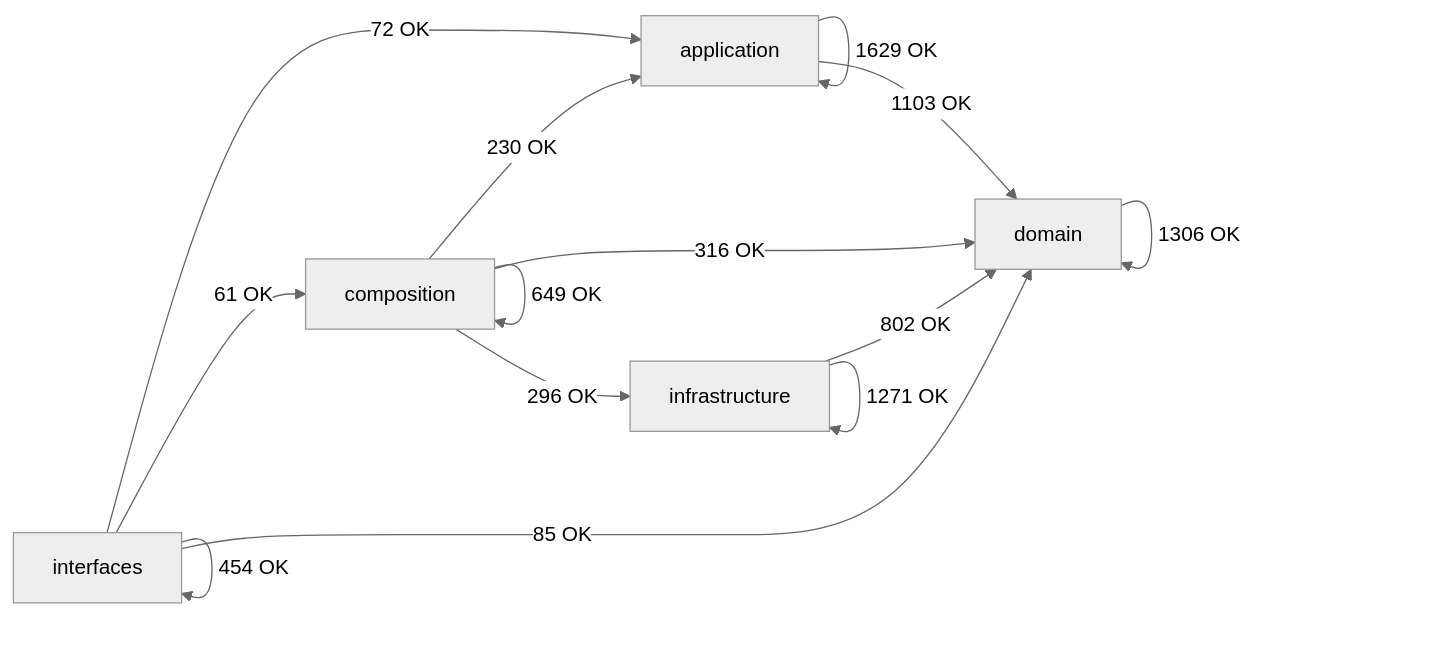
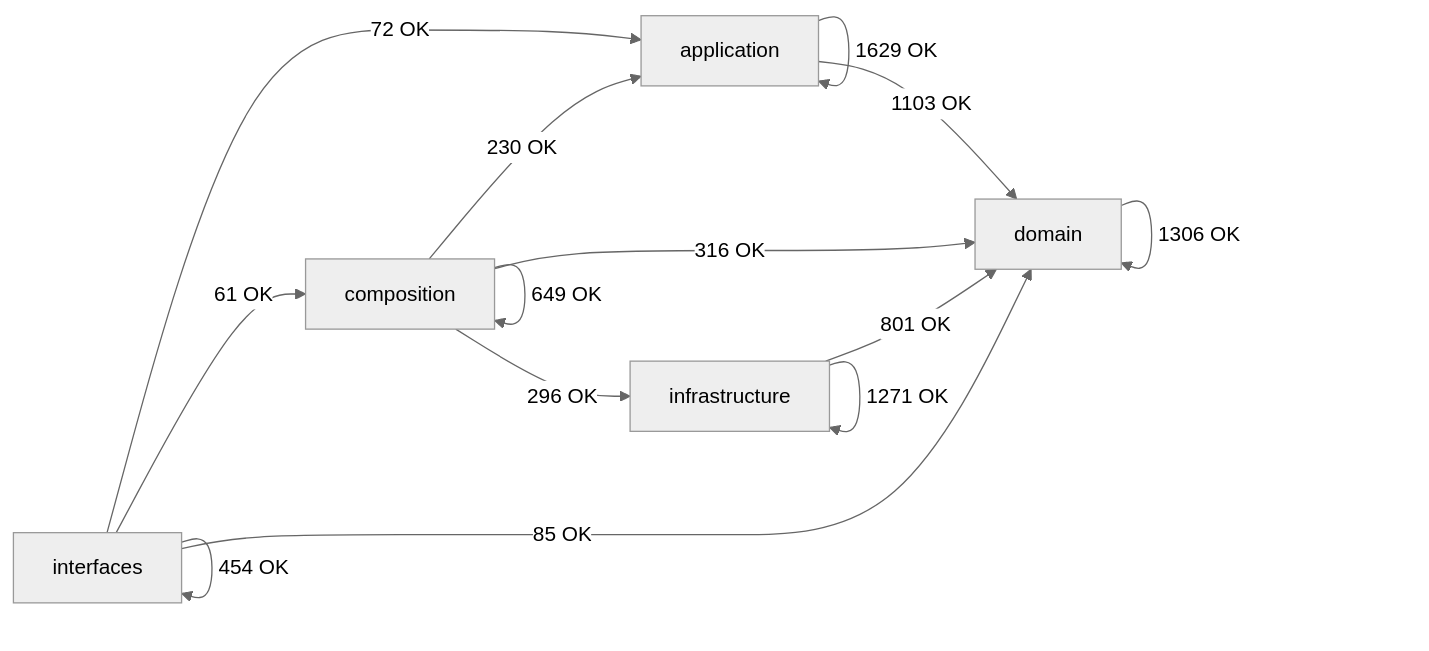
One commit to SatoryKono/BioactivityDataAcquisition changed the diagram in docs/02-architecture/generated/module-dependency-map.md. Above: the diagram before and after it, drawn with Mermaid (neutral theme). The commit also changed other lines of this file and 146 other files, not shown here.

````diff
--- a/docs/02-architecture/generated/module-dependency-map.md
+++ b/docs/02-architecture/generated/module-dependency-map.md
@@ -17,21 +17,21 @@
 ```mermaid
 flowchart LR
     domain[domain]
     application[application]
     infrastructure[infrastructure]
     composition[composition]
     interfaces[interfaces]
     application -->|1629 OK| application
     application -->|1103 OK| domain
     composition -->|230 OK| application
     composition -->|649 OK| composition
     composition -->|316 OK| domain
     composition -->|296 OK| infrastructure
     domain -->|1306 OK| domain
-    infrastructure -->|802 OK| domain
+    infrastructure -->|801 OK| domain
     infrastructure -->|1271 OK| infrastructure
     interfaces -->|72 OK| application
     interfaces -->|61 OK| composition
     interfaces -->|85 OK| domain
     interfaces -->|454 OK| interfaces
 ```
````
